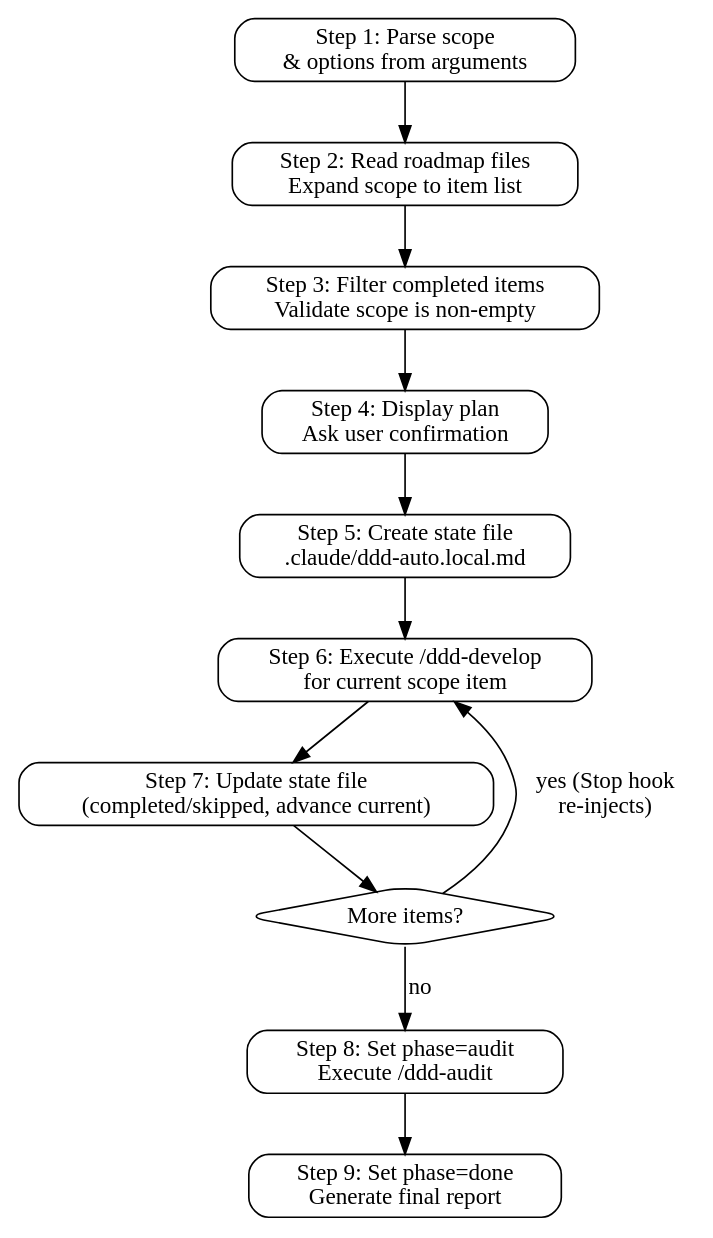
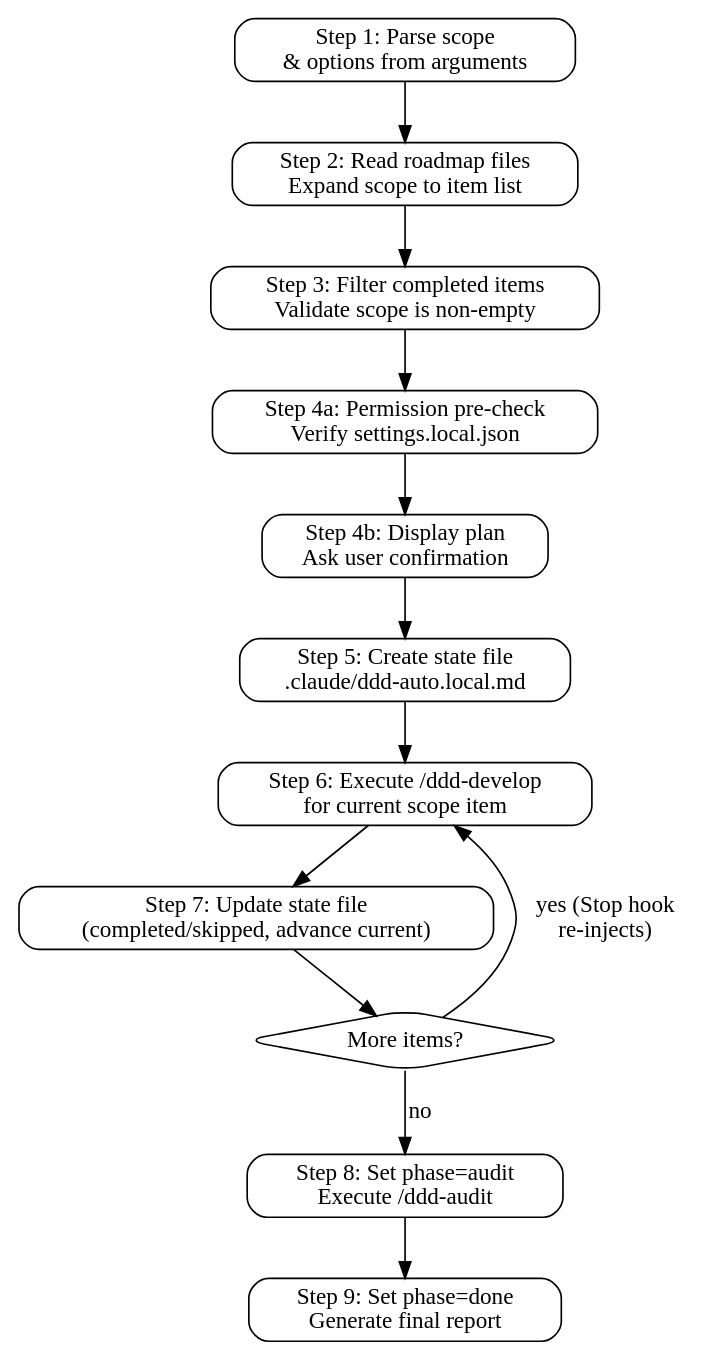
The diagram in skills/ddd-auto/SKILL.md (litecore-ai/ddd-coding-skills), drawn with Graphviz before and after one commit. The commit also changed other lines of this file, not shown here.

First line of the commit message:
fix: add permission pre-check to ddd-auto to prevent blocking during automation

````diff
--- a/skills/ddd-auto/SKILL.md
+++ b/skills/ddd-auto/SKILL.md
@@ -34,23 +34,24 @@
 ```dot
 digraph ddd_auto {
   rankdir=TB;
   node [shape=box, style=rounded];
 
   parse [label="Step 1: Parse scope\n& options from arguments"];
   read_roadmap [label="Step 2: Read roadmap files\nExpand scope to item list"];
   validate [label="Step 3: Filter completed items\nValidate scope is non-empty"];
-  confirm [label="Step 4: Display plan\nAsk user confirmation"];
+  perm_check [label="Step 4a: Permission pre-check\nVerify settings.local.json"];
+  confirm [label="Step 4b: Display plan\nAsk user confirmation"];
   create_state [label="Step 5: Create state file\n.claude/ddd-auto.local.md"];
   develop [label="Step 6: Execute /ddd-develop\nfor current scope item"];
   update [label="Step 7: Update state file\n(completed/skipped, advance current)"];
   check [label="More items?" shape=diamond];
   audit [label="Step 8: Set phase=audit\nExecute /ddd-audit"];
   report [label="Step 9: Set phase=done\nGenerate final report"];
 
-  parse -> read_roadmap -> validate -> confirm -> create_state -> develop;
+  parse -> read_roadmap -> validate -> perm_check -> confirm -> create_state -> develop;
   develop -> update -> check;
   check -> develop [label="yes (Stop hook\nre-injects)"];
   check -> audit [label="no"];
   audit -> report;
 }
 ```
````
